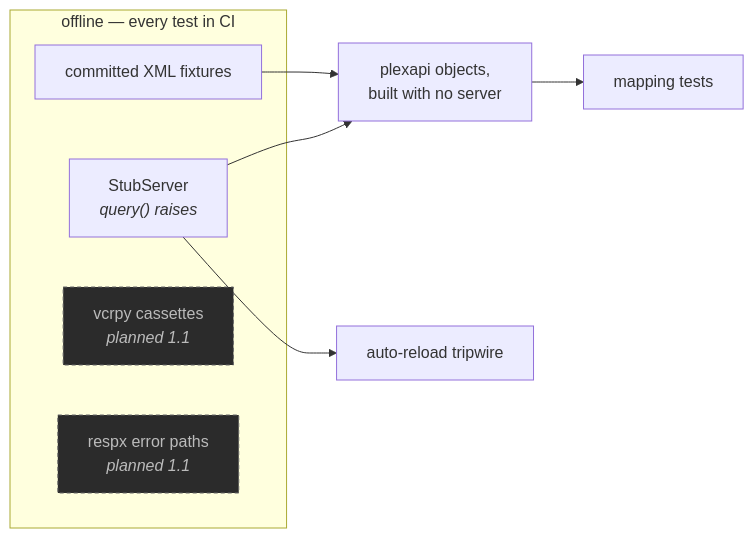
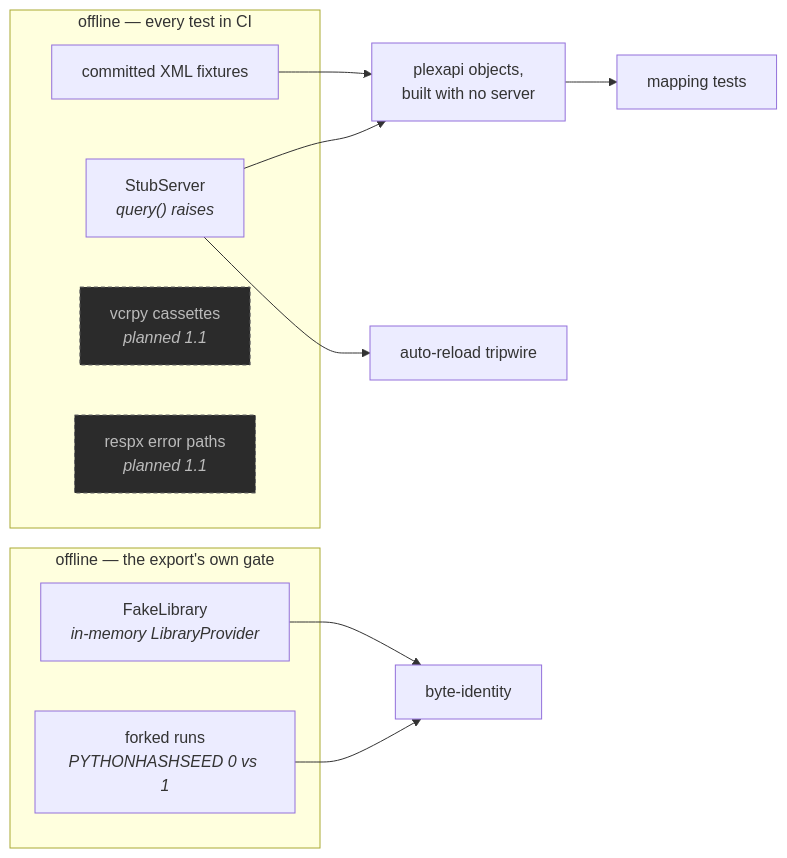
Before and after one commit to tritter95/shelfwarden: the eighth of 8 diagrams in docs/architecture.md, drawn with Mermaid. The commit also changed other lines of this file and 21 other files, not shown here.

````diff
--- a/docs/architecture.md
+++ b/docs/architecture.md
@@ -503,16 +543,22 @@
 ```mermaid
 flowchart LR
     subgraph offline["offline — every test in CI"]
         XML["committed XML fixtures"]
         STUB["StubServer<br/><i>query() raises</i>"]
         CASS["vcrpy cassettes<br/><i>planned 1.1</i>"]
         RESPX["respx error paths<br/><i>planned 1.1</i>"]
     end
+    subgraph offline2["offline — the export's own gate"]
+        FAKE["FakeLibrary<br/><i>in-memory LibraryProvider</i>"]
+        FORK["forked runs<br/><i>PYTHONHASHSEED 0 vs 1</i>"]
+    end
     XML --> BUILD["plexapi objects,<br/>built with no server"]
     STUB --> BUILD
     BUILD --> MAP["mapping tests"]
     STUB --> TRIP["auto-reload tripwire"]
+    FAKE --> BYTES["byte-identity"]
+    FORK --> BYTES
 
     classDef plan fill:#2b2b2b,stroke:#666,color:#bbb,stroke-dasharray:4 3
     class CASS,RESPX plan
 ```
````
